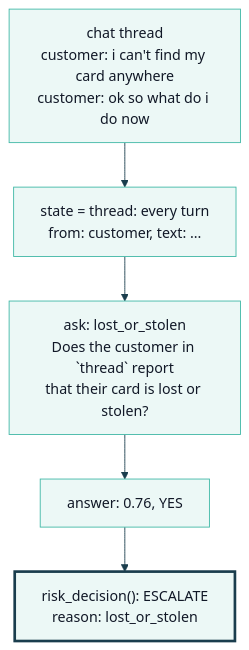
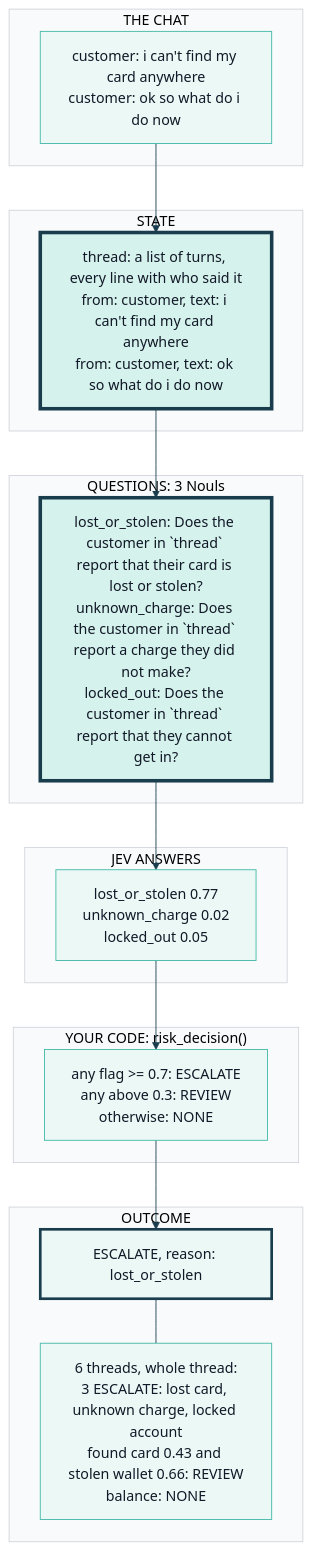
The diagram in course/diagrams/module_02/p2-solution-thread-state.mmd (axel-sirota/getting_started_jev), drawn with Mermaid before and after one commit. The commit also changed 31 other files, not shown here.

Commit message:
Module 2: notebooks and diagrams

```diff
--- a/course/diagrams/module_02/p2-solution-thread-state.mmd
+++ b/course/diagrams/module_02/p2-solution-thread-state.mmd
@@ -1,7 +1,30 @@
 %%{init: {"theme": "base", "themeVariables": {"fontFamily": "Inter, sans-serif", "primaryColor": "#ECF8F6", "primaryBorderColor": "#40B8A6", "primaryTextColor": "#111827", "lineColor": "#1A3D4D", "secondaryColor": "#F9FAFB", "tertiaryColor": "#FFFFFF", "clusterBkg": "#F9FAFB", "clusterBorder": "#D1D5DB", "actorBkg": "#ECF8F6", "actorBorder": "#40B8A6", "noteBkgColor": "#FFF6DA", "noteBorderColor": "#E0B84C"}}}%%
 flowchart TD
-  T["chat thread<br/>customer: i can't find my card anywhere<br/>customer: ok so what do i do now"] --> S["state = thread: every turn<br/>from: customer, text: ..."]
-  S --> Q["ask: lost_or_stolen<br/>Does the customer in `thread` report<br/>that their card is lost or stolen?"]
-  Q --> A["answer: 0.76, YES"]
-  A --> D["risk_decision(): ESCALATE<br/>reason: lost_or_stolen"]
-  style D stroke:#1A3D4D,stroke-width:3px
+  subgraph CHAT["THE CHAT"]
+    T["customer: i can't find my card anywhere<br/>customer: ok so what do i do now"]
+  end
+  subgraph STATE["STATE"]
+    S["thread: a list of turns, every line with who said it<br/>from: customer, text: i can't find my card anywhere<br/>from: customer, text: ok so what do i do now"]
+  end
+  subgraph QUESTIONS["QUESTIONS: 3 Nouls"]
+    Q["lost_or_stolen: Does the customer in `thread` report that their card is lost or stolen?<br/>unknown_charge: Does the customer in `thread` report a charge they did not make?<br/>locked_out: Does the customer in `thread` report that they cannot get in?"]
+  end
+  subgraph ANSWERS["JEV ANSWERS"]
+    A["lost_or_stolen 0.77<br/>unknown_charge 0.02<br/>locked_out 0.05"]
+  end
+  subgraph CODE["YOUR CODE: risk_decision()"]
+    C["any flag >= 0.7: ESCALATE<br/>any above 0.3: REVIEW<br/>otherwise: NONE"]
+  end
+  subgraph OUTCOME["OUTCOME"]
+    O["ESCALATE, reason: lost_or_stolen"]
+    R["6 threads, whole thread:<br/>3 ESCALATE: lost card, unknown charge, locked account<br/>found card 0.43 and stolen wallet 0.66: REVIEW<br/>balance: NONE"]
+  end
+  T --> S --> Q --> A --> C --> O
+  O --- R
+
+  classDef fail fill:#FDECEA,stroke:#B42318,stroke-width:4px
+  classDef changed fill:#D5F2EC,stroke:#1A3D4D,stroke-width:4px
+  classDef ok fill:#ECF8F6,stroke:#1A3D4D,stroke-width:3px
+  class S changed
+  class Q changed
+  class O ok
```
